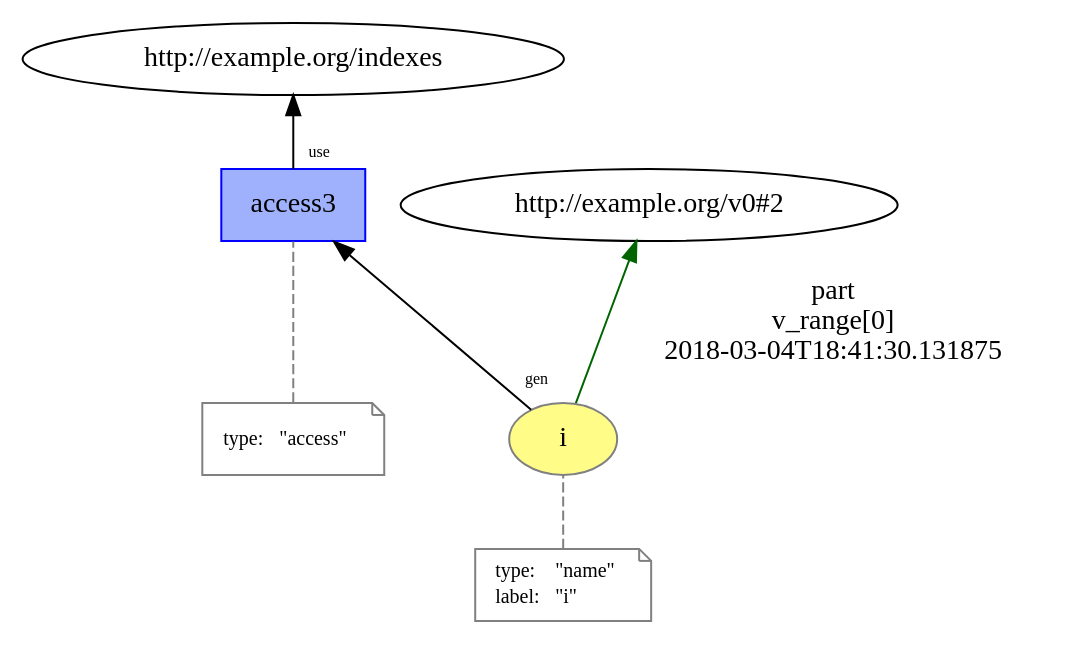
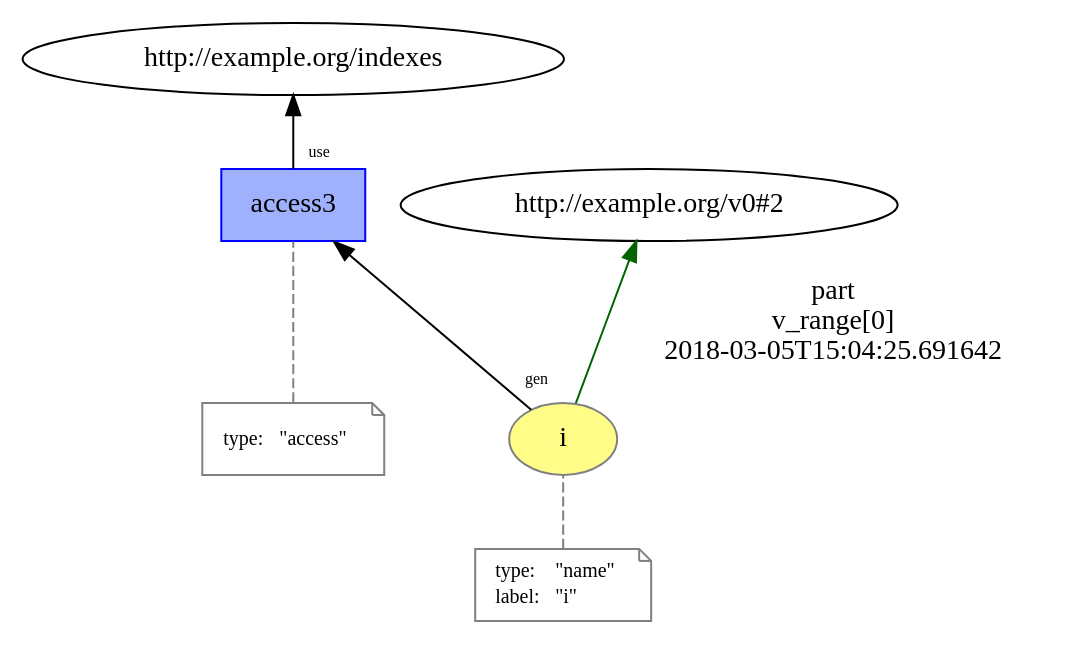
One commit to dew-uff/versioned-prov changed the diagram in images/mutable_prov/temp/L11__loop_access.dot. Above: the diagram before and after it, drawn with Graphviz. The commit also changed 1735 other files, not shown here.

```diff
--- a/images/mutable_prov/temp/L11__loop_access.dot
+++ b/images/mutable_prov/temp/L11__loop_access.dot
@@ -1,27 +1,27 @@
 digraph "PROV" { size="16,12"; rankdir="BT";
 "http://example.org/i" [fillcolor="#FFFC87",color="#808080",style="filled",label="i",URL="http://example.org/i"]
 "-attrs0" [color="gray",shape="note",fontsize="10",fontcolor="black",label=<<TABLE cellpadding="0" border="0">
 	<TR>
 	    <TD align="left">type:</TD>
 	    <TD align="left">&quot;name&quot;</TD>
 	</TR>
 	<TR>
 	    <TD align="left">label:</TD>
 	    <TD align="left">&quot;i&quot;</TD>
 	</TR>
 </TABLE>>]
 "-attrs0" -> "http://example.org/i" [color="gray",style="dashed",arrowhead="none"]
 "http://example.org/i" -> "http://example.org/v0#2" [labelfontsize="8",labeldistance="1.5",color="darkgreen",labelangle="60.0",rotation="20",label="part
 v_range[0]
-2018-03-04T18:41:30.131875"]
+2018-03-05T15:04:25.691642"]
 "http://example.org/access3" [fillcolor="#9FB1FC",color="#0000FF",shape="polygon",sides="4",style="filled",label="access3",URL="http://example.org/access3"]
 "-attrs1" [color="gray",shape="note",fontsize="10",fontcolor="black",label=<<TABLE cellpadding="0" border="0">
 	<TR>
 	    <TD align="left">type:</TD>
 	    <TD align="left">&quot;access&quot;</TD>
 	</TR>
 </TABLE>>]
 "-attrs1" -> "http://example.org/access3" [color="gray",style="dashed",arrowhead="none"]
 "http://example.org/access3" -> "http://example.org/indexes" [labelfontsize="8",labeldistance="1.5",labelangle="60.0",rotation="20",taillabel="use"]
 "http://example.org/i" -> "http://example.org/access3" [labelfontsize="8",labeldistance="1.5",labelangle="60.0",rotation="20",taillabel="gen"]
 }
```
